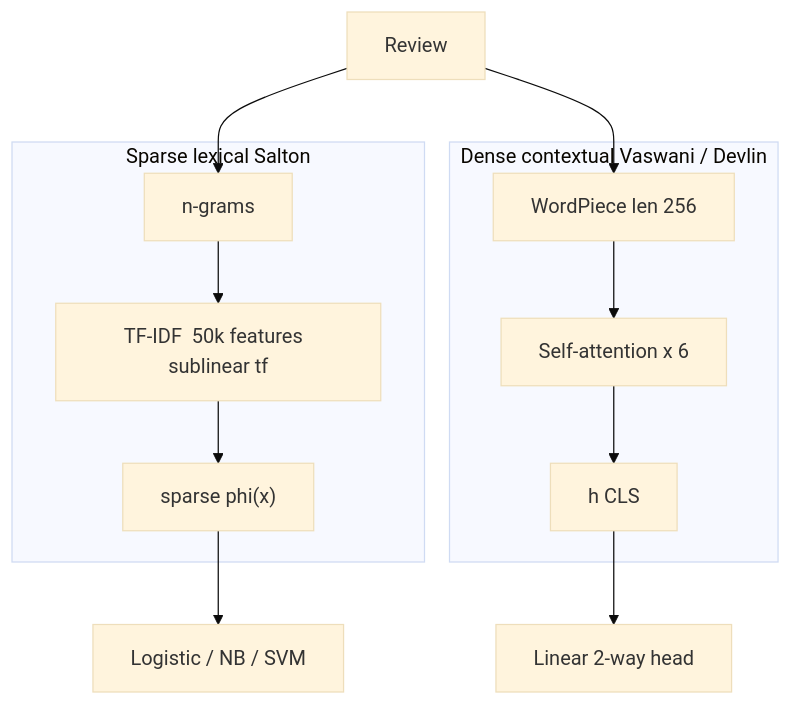
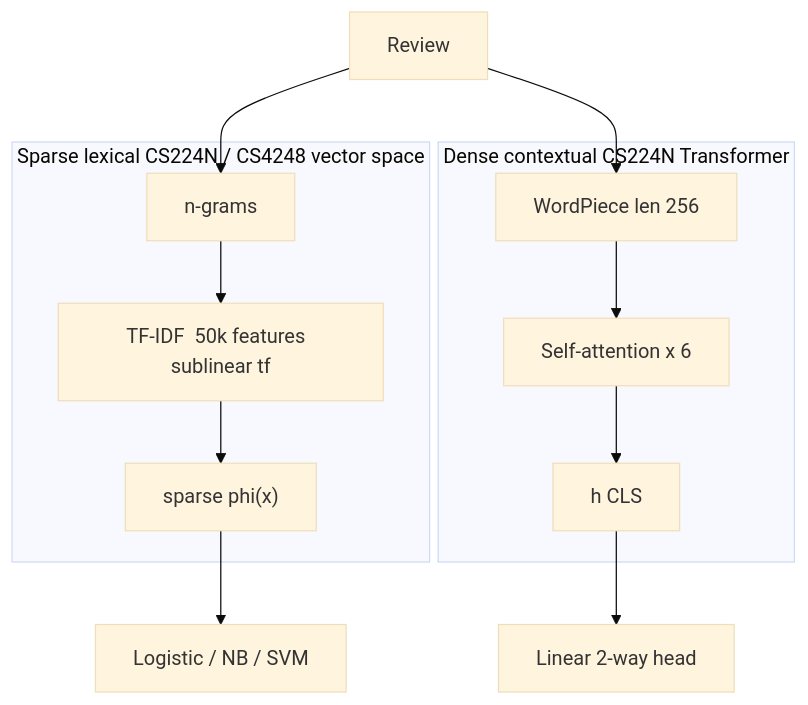
Diagram 25 of 33 in README.md (TheHien04/Movie-Review-Sentiment-Analysis), drawn with Mermaid (base theme) before and after one commit. The commit also changed other lines of this file and 3 other files, not shown here.

````diff
--- a/README.md
+++ b/README.md
@@ -864,23 +896,23 @@
 ```mermaid
 flowchart TB
     X["Review"]
 
-    subgraph Sparse["Sparse lexical  Salton"]
+    subgraph Sparse["Sparse lexical  CS224N / CS4248 vector space"]
         Bow["n-grams"]
         Idf["TF-IDF  50k features  sublinear tf"]
         Phi["sparse phi(x)"]
         Bow --> Idf --> Phi
     end
 
-    subgraph Dense["Dense contextual  Vaswani / Devlin"]
+    subgraph Dense["Dense contextual  CS224N Transformer"]
         Tok["WordPiece  len 256"]
         Att["Self-attention x 6"]
         H["h CLS"]
         Tok --> Att --> H
     end
 
     X --> Bow
     X --> Tok
     Phi --> Lin["Logistic / NB / SVM"]
     H --> Head["Linear 2-way head"]
 ```
````
